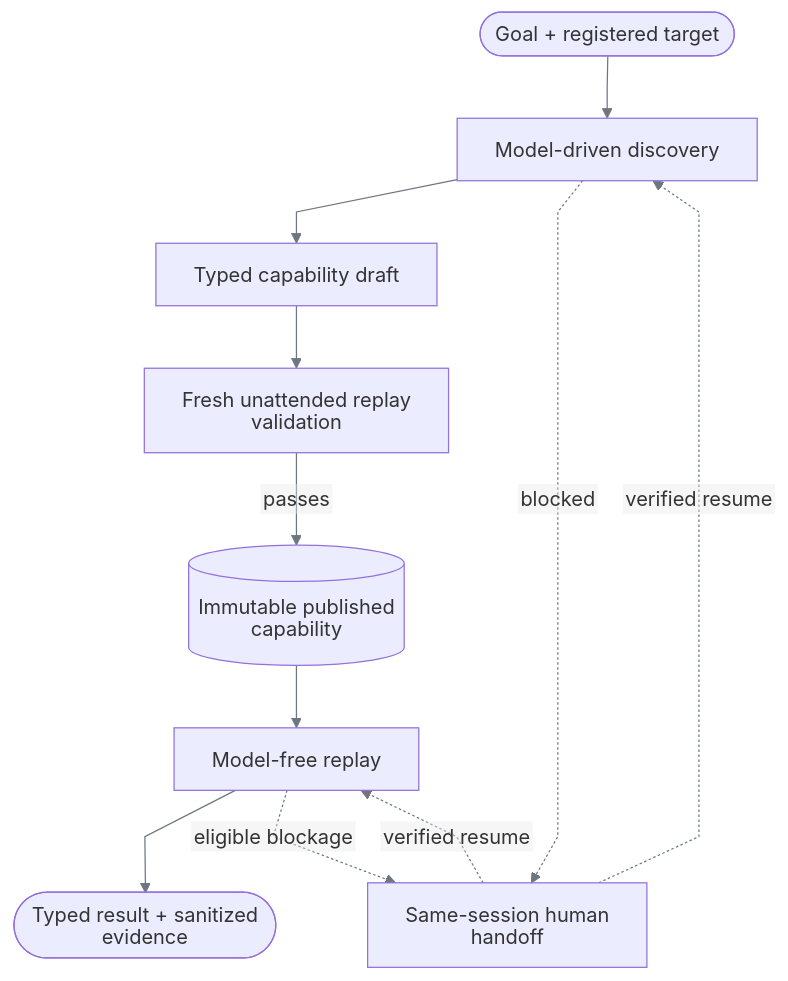
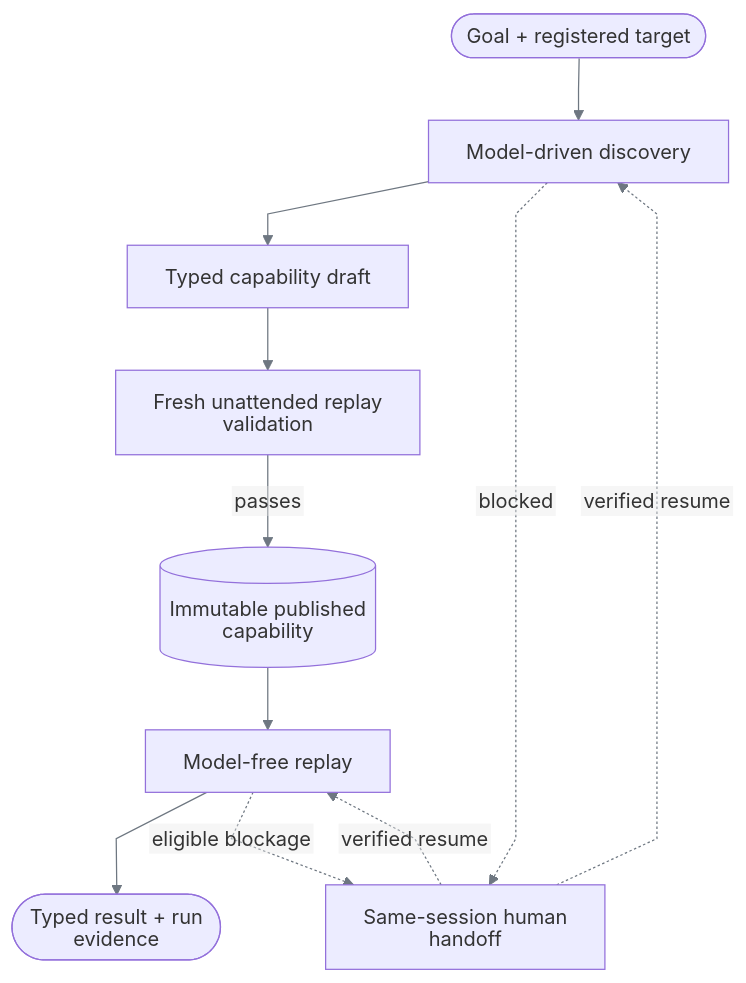
Before and after one commit to SivaTSS/replay-forge: the diagram in README.md, drawn with Mermaid. The commit also changed other lines of this file and 147 other files, not shown here.

````diff
--- a/README.md
+++ b/README.md
@@ -6,14 +6,14 @@
 ```mermaid
 %%{init: {"htmlLabels":false,"themeVariables":{"lineColor":"#6E7781","signalColor":"#6E7781"},"flowchart":{"curve":"linear"},"sequence":{"wrap":true}}}%%
 flowchart TD
     G([Goal + registered target]) --> D[Model-driven discovery]
     D --> A[Typed capability draft]
     A --> V[Fresh unattended replay validation]
     V -->|passes| P[(Immutable published capability)]
     P --> R[Model-free replay]
-    R --> X([Typed result + sanitized evidence])
+    R --> X([Typed result + run evidence])
     D -. blocked .-> H[Same-session human handoff]
     R -. eligible blockage .-> H
     H -. verified resume .-> D
     H -. verified resume .-> R
 ```
````
